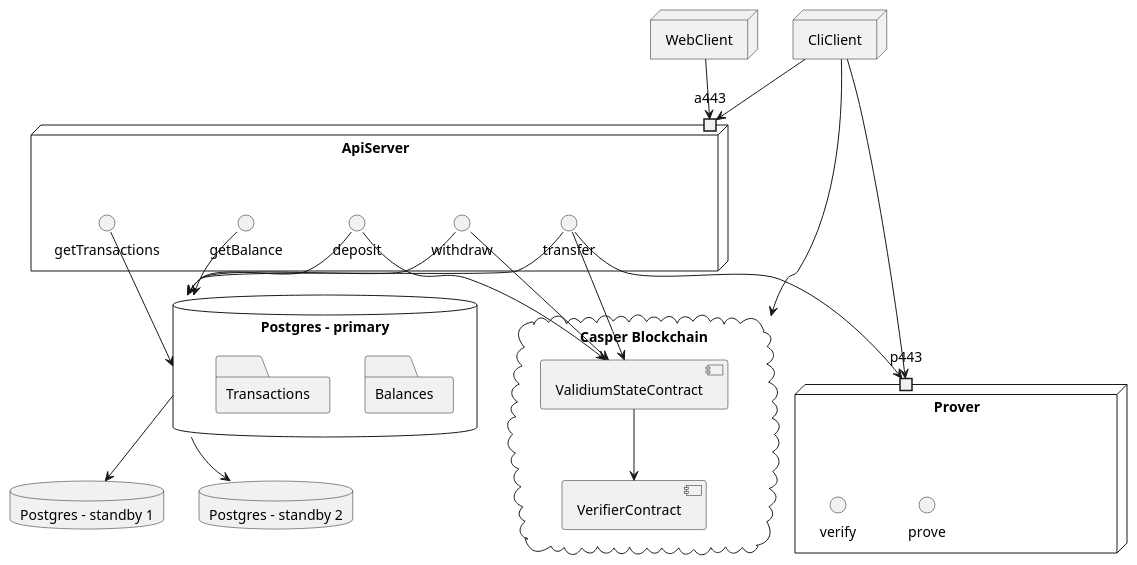
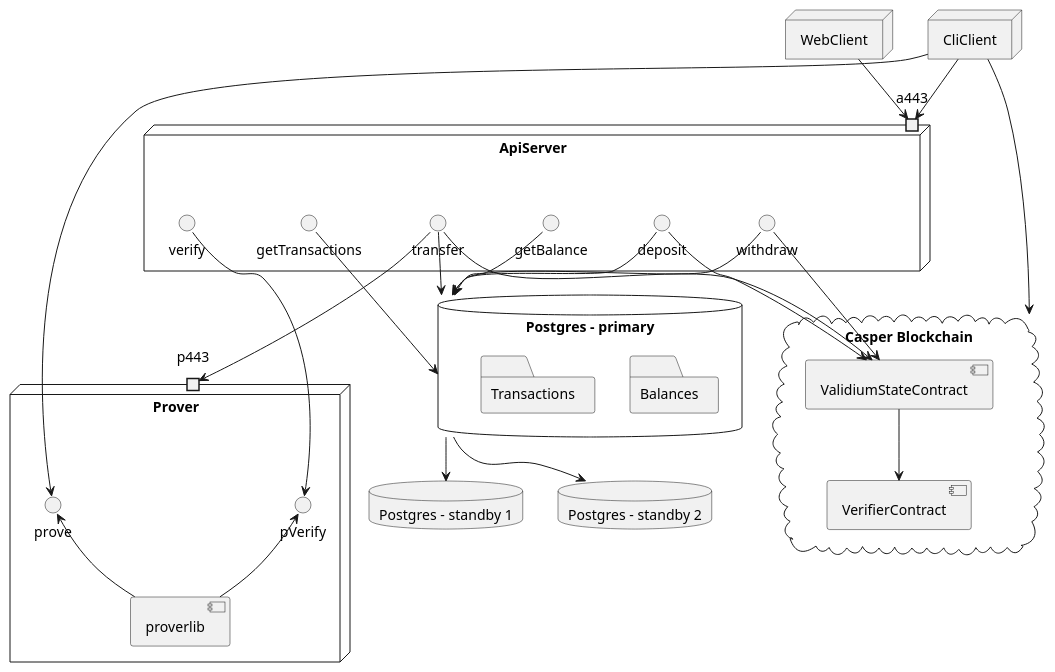
One commit to cspr-rad/kairos-spec changed the diagram in diagrams/components_diagram.puml. Above: the diagram before and after it, drawn with PlantUML.

Commit message:
update components diagram

```diff
--- a/diagrams/components_diagram.puml
+++ b/diagrams/components_diagram.puml
@@ -1,62 +1,65 @@
 @startuml
 node "WebClient" {
 }
 
 node "CliClient" {
 }
 
 node "ApiServer" {
   port a443
   () "deposit"
   () "withdraw"
   () "transfer"
+  () "verify"
   () "getBalance"
   () "getTransactions"
 }
 
 node "Prover" {
   port p443
-  () "prove"
-  () "verify" 
+  [proverlib] -up-> () "prove"
+  [proverlib] -up-> () "pVerify"
 }
 
 database "Postgres - primary" {
   folder "Balances" {
   }
   folder "Transactions" {
   }
 }
 database "Postgres - standby 1" {
 }
 database "Postgres - standby 2" {
 }
 cloud "Casper Blockchain" {
   [VerifierContract]
   [ValidiumStateContract]
 }
 
 "WebClient" --> "a443"
 
 "CliClient" --> "a443"
-"CliClient" --> "p443"
+"CliClient" --> "prove"
 "CliClient" --> "Casper Blockchain"
 
 "transfer" --> "p443"
 "transfer"  --> "Postgres - primary"
 "transfer"  --> "ValidiumStateContract"
 
 "deposit"  --> "ValidiumStateContract"
 "deposit"  --> "Postgres - primary"
 
 "withdraw"  --> "ValidiumStateContract"
 "withdraw"  --> "Postgres - primary"
 
+"verify" --> "pVerify"
+
 "getBalance"  --> "Postgres - primary"
 
 "getTransactions"  --> "Postgres - primary"
 
 "Postgres - primary" --> "Postgres - standby 1"
 "Postgres - primary" --> "Postgres - standby 2"
 
 "ValidiumStateContract" --> "VerifierContract"
 @enduml
```
